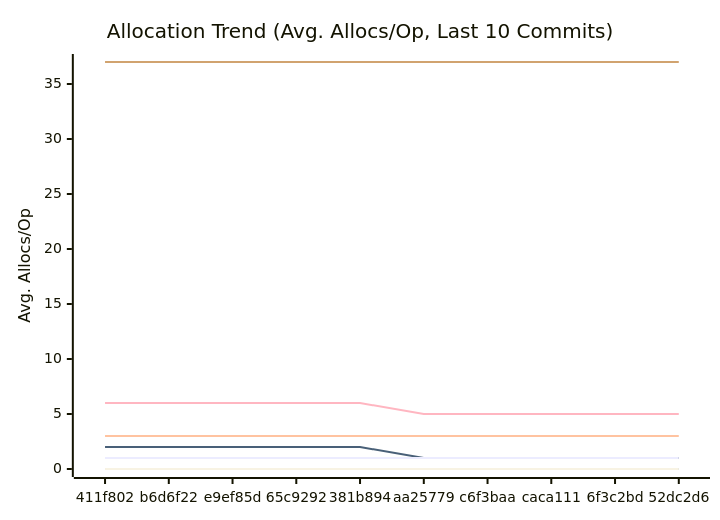
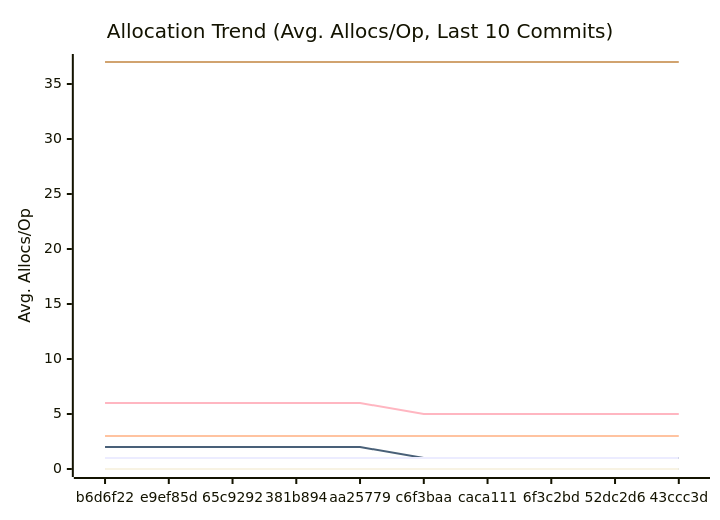
The third of 3 diagrams in docs/PERFORMANCE.md (alsotoes/momo), drawn with Mermaid before and after one commit. The commit also changed other lines of this file and 3 other files, not shown here.

````diff
--- a/docs/PERFORMANCE.md
+++ b/docs/PERFORMANCE.md
@@ -176,18 +176,18 @@
 ```mermaid
 xychart-beta
     title "Allocation Trend (Avg. Allocs/Op, Last 10 Commits)"
     x-axis "Commit"
     y-axis "Avg. Allocs/Op"
-    x-axis [411f802,b6d6f22,e9ef85d,65c9292,381b894,aa25779,c6f3baa,caca111,6f3c2bd,52dc2d6]
+    x-axis [b6d6f22,e9ef85d,65c9292,381b894,aa25779,c6f3baa,caca111,6f3c2bd,52dc2d6,43ccc3d]
     line "CheckMetricsAndSwap" [0,0,0,0,0,0,0,0,0,0]
     line "CrushOptimized" [0,0,0,0,0,0,0,0,0,0]
     line "CrushOriginal" [3,3,3,3,3,3,3,3,3,3]
     line "IndexDirectTracking" [0,0,0,0,0,0,0,0,0,0]
     line "IndexSearch" [0,0,0,0,0,0,0,0,0,0]
     line "LoadGlobalConfig" [37,37,37,37,37,37,37,37,37,37]
     line "PadString" [0,0,0,0,0,0,0,0,0,0]
     line "ParseReplicationOrder_NoPrealloc" [6,6,6,6,6,5,5,5,5,5]
     line "ParseReplicationOrder_Prealloc" [2,2,2,2,2,1,1,1,1,1]
     line "SanitizeLog/Safe" [0,0,0,0,0,0,0,0,0,0]
     line "SanitizeLog/Unsafe" [1,1,1,1,1,1,1,1,1,1]
 ```
````
